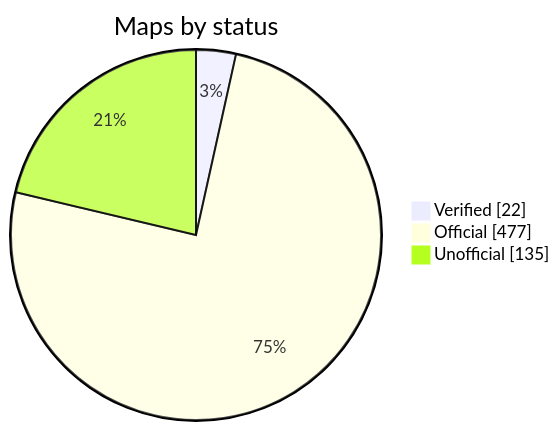
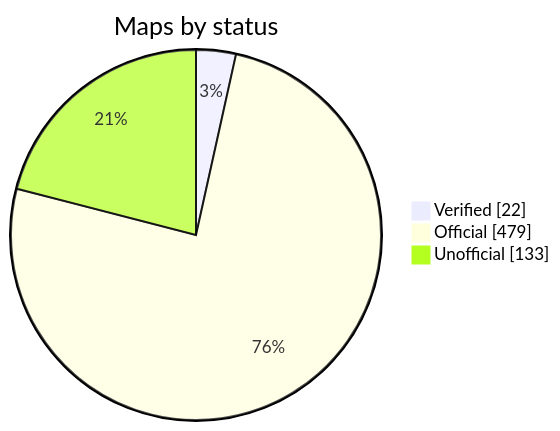
Before and after one commit to nobrega8/mbmap-library: the diagram in README.md, drawn with Mermaid. The commit also changed 7 other files, not shown here.

````diff
--- a/README.md
+++ b/README.md
@@ -52,7 +52,7 @@
 ```mermaid
 pie showData
     title Maps by status
     "Verified" : 22
-    "Official" : 477
-    "Unofficial" : 135
+    "Official" : 479
+    "Unofficial" : 133
 ```
````
